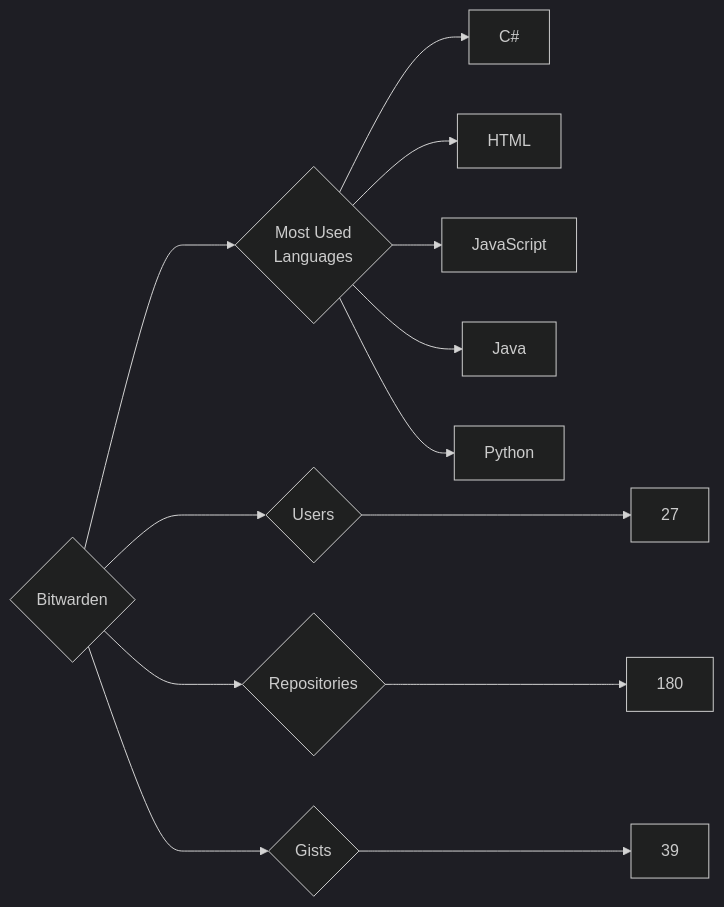
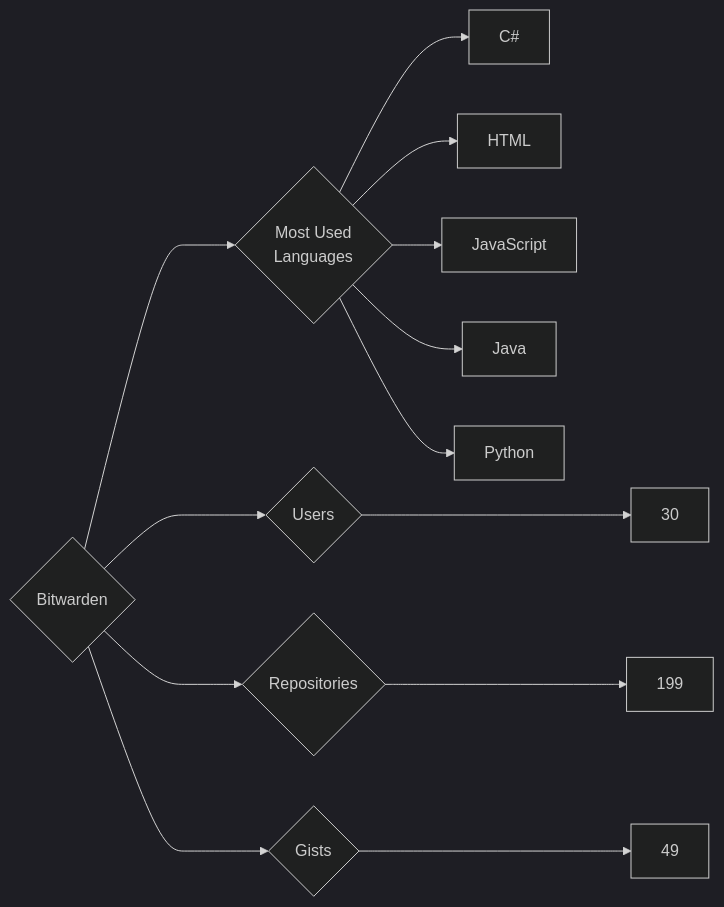
Before and after one commit to trickest/insiders: the diagram in targets/Bitwarden/README.md, drawn with Mermaid (dark theme). The commit also changed 965 other files, not shown here.

````diff
--- a/targets/Bitwarden/README.md
+++ b/targets/Bitwarden/README.md
@@ -3,13 +3,13 @@
 ```mermaid
 graph LR
 COMPANY_NAME{Bitwarden}
-COMPANY_NAME ---> U{Users} ---> UN[27]
-COMPANY_NAME ---> R{Repositories} ---> RN[180]
-COMPANY_NAME ---> G{Gists} ---> GN[39]
+COMPANY_NAME ---> U{Users} ---> UN[30]
+COMPANY_NAME ---> R{Repositories} ---> RN[199]
+COMPANY_NAME ---> G{Gists} ---> GN[49]
 COMPANY_NAME ---> ML{Most Used<br>Languages}
 ML --> C#[C#]
 ML --> HTML[HTML]
 ML --> JavaScript[JavaScript]
 ML --> Java[Java]
 ML --> Python[Python]
 ```
````
